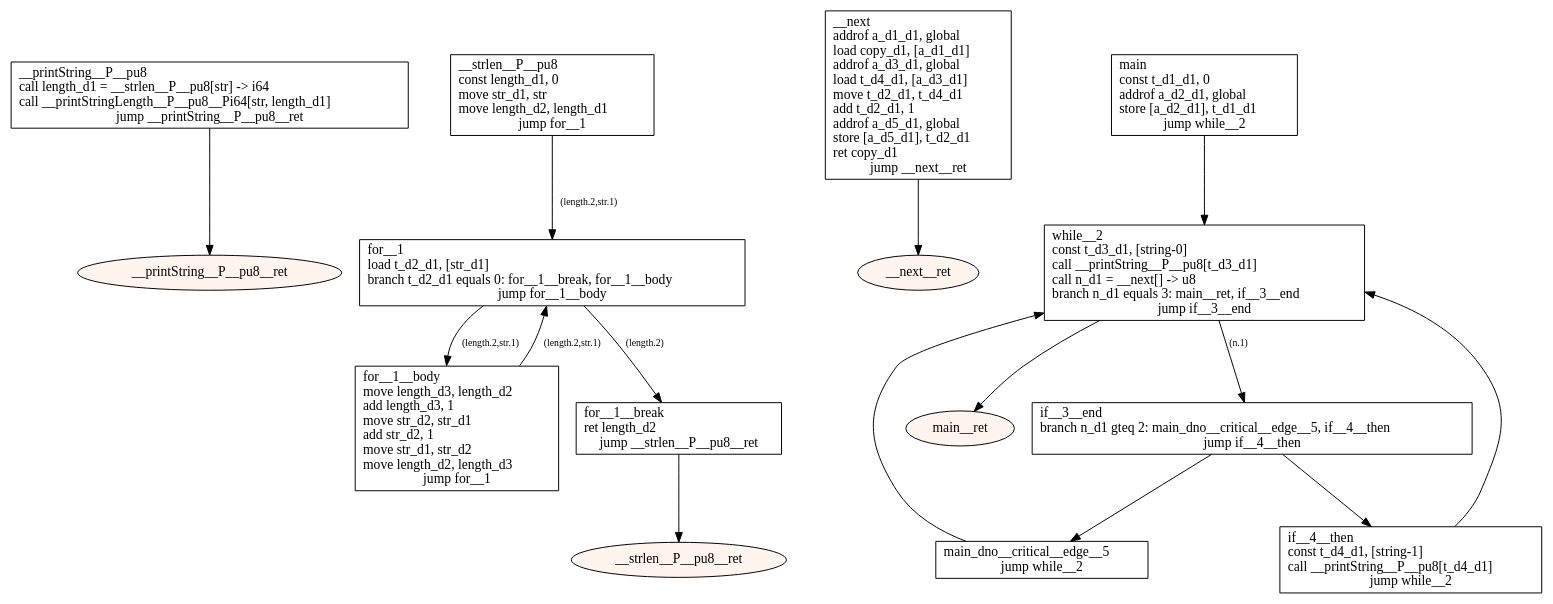
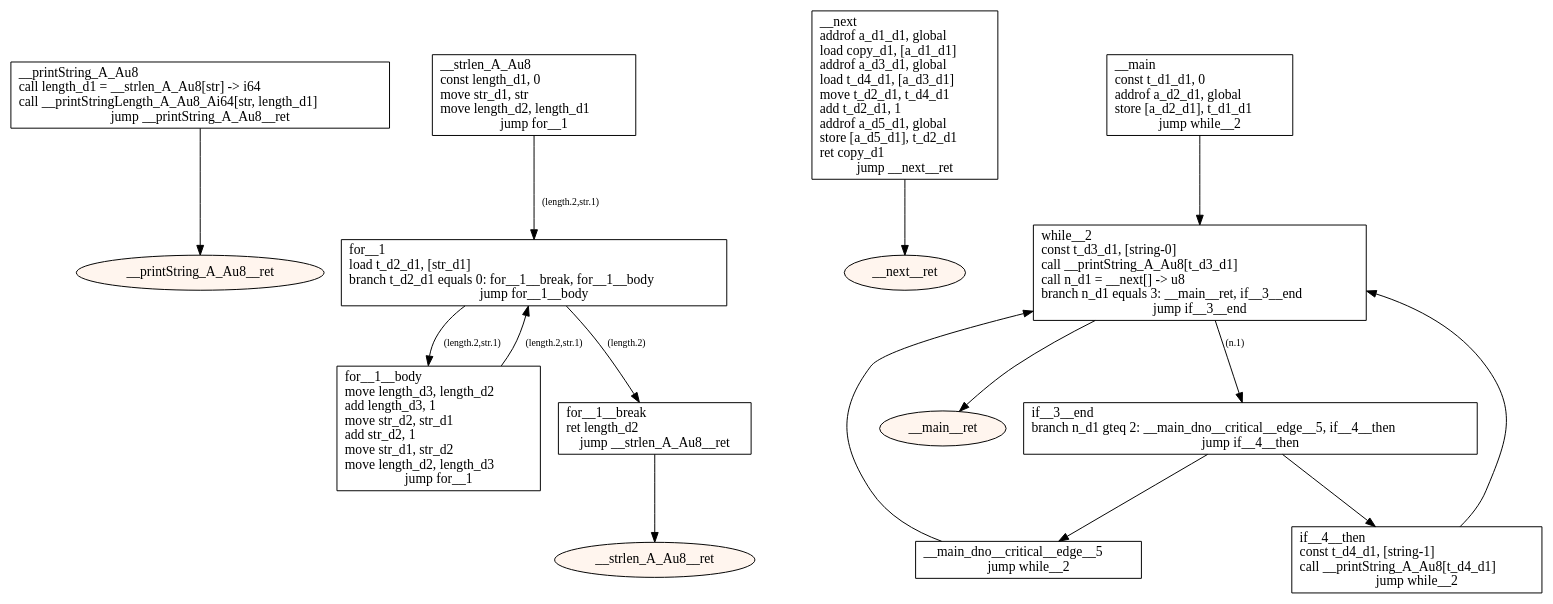
Before and after one commit to tmssngr/tinyC: the diagram in src/main/resources-test/compiler/windows/global vars2.dot, drawn with Graphviz. The commit also changed 19 other files, not shown here.

```diff
--- a/src/main/resources-test/compiler/windows/global vars2.dot
+++ b/src/main/resources-test/compiler/windows/global vars2.dot
@@ -1,40 +1,40 @@
 digraph program {
 	edge[fontsize="10pt"];
-	subgraph fn___printString__P__pu8 {
-		BasicBlock_0___printString__P__pu8 [label="__printString__P__pu8\lcall length_d1 = __strlen__P__pu8[str] -> i64\lcall __printStringLength__P__pu8__Pi64[str, length_d1]\ljump __printString__P__pu8__ret",shape=box];
-		BasicBlock_0___printString__P__pu8 -> BasicBlock_0___printString__P__pu8__ret;
-		BasicBlock_0___printString__P__pu8__ret [label="__printString__P__pu8__ret",shape=oval,style=filled,fillcolor="#fff5ee"];
+	subgraph fn___printString_A_Au8 {
+		BasicBlock_0___printString_A_Au8 [label="__printString_A_Au8\lcall length_d1 = __strlen_A_Au8[str] -> i64\lcall __printStringLength_A_Au8_Ai64[str, length_d1]\ljump __printString_A_Au8__ret",shape=box];
+		BasicBlock_0___printString_A_Au8 -> BasicBlock_0___printString_A_Au8__ret;
+		BasicBlock_0___printString_A_Au8__ret [label="__printString_A_Au8__ret",shape=oval,style=filled,fillcolor="#fff5ee"];
 	}
-	subgraph fn___strlen__P__pu8 {
-		BasicBlock_1___strlen__P__pu8 [label="__strlen__P__pu8\lconst length_d1, 0\lmove str_d1, str\lmove length_d2, length_d1\ljump for__1",shape=box];
-		BasicBlock_1___strlen__P__pu8 -> BasicBlock_1_for__1 [label="(length.2,str.1)"];
+	subgraph fn___strlen_A_Au8 {
+		BasicBlock_1___strlen_A_Au8 [label="__strlen_A_Au8\lconst length_d1, 0\lmove str_d1, str\lmove length_d2, length_d1\ljump for__1",shape=box];
+		BasicBlock_1___strlen_A_Au8 -> BasicBlock_1_for__1 [label="(length.2,str.1)"];
 		BasicBlock_1_for__1__body [label="for__1__body\lmove length_d3, length_d2\ladd length_d3, 1\lmove str_d2, str_d1\ladd str_d2, 1\lmove str_d1, str_d2\lmove length_d2, length_d3\ljump for__1",shape=box];
 		BasicBlock_1_for__1__body -> BasicBlock_1_for__1 [label="(length.2,str.1)"];
 		BasicBlock_1_for__1 [label="for__1\lload t_d2_d1, [str_d1]\lbranch t_d2_d1 equals 0: for__1__break, for__1__body\ljump for__1__body",shape=box];
 		BasicBlock_1_for__1 -> BasicBlock_1_for__1__break [label="(length.2)"];
 		BasicBlock_1_for__1 -> BasicBlock_1_for__1__body [label="(length.2,str.1)"];
-		BasicBlock_1_for__1__break [label="for__1__break\lret length_d2\ljump __strlen__P__pu8__ret",shape=box];
-		BasicBlock_1_for__1__break -> BasicBlock_1___strlen__P__pu8__ret;
-		BasicBlock_1___strlen__P__pu8__ret [label="__strlen__P__pu8__ret",shape=oval,style=filled,fillcolor="#fff5ee"];
+		BasicBlock_1_for__1__break [label="for__1__break\lret length_d2\ljump __strlen_A_Au8__ret",shape=box];
+		BasicBlock_1_for__1__break -> BasicBlock_1___strlen_A_Au8__ret;
+		BasicBlock_1___strlen_A_Au8__ret [label="__strlen_A_Au8__ret",shape=oval,style=filled,fillcolor="#fff5ee"];
 	}
 	subgraph fn___next {
 		BasicBlock_2___next [label="__next\laddrof a_d1_d1, global\lload copy_d1, [a_d1_d1]\laddrof a_d3_d1, global\lload t_d4_d1, [a_d3_d1]\lmove t_d2_d1, t_d4_d1\ladd t_d2_d1, 1\laddrof a_d5_d1, global\lstore [a_d5_d1], t_d2_d1\lret copy_d1\ljump __next__ret",shape=box];
 		BasicBlock_2___next -> BasicBlock_2___next__ret;
 		BasicBlock_2___next__ret [label="__next__ret",shape=oval,style=filled,fillcolor="#fff5ee"];
 	}
-	subgraph fn_main {
-		BasicBlock_3_main [label="main\lconst t_d1_d1, 0\laddrof a_d2_d1, global\lstore [a_d2_d1], t_d1_d1\ljump while__2",shape=box];
-		BasicBlock_3_main -> BasicBlock_3_while__2;
-		BasicBlock_3_if__3__end [label="if__3__end\lbranch n_d1 gteq 2: main_dno__critical__edge__5, if__4__then\ljump if__4__then",shape=box];
-		BasicBlock_3_if__3__end -> BasicBlock_3_main_dno__critical__edge__5;
+	subgraph fn___main {
+		BasicBlock_3___main [label="__main\lconst t_d1_d1, 0\laddrof a_d2_d1, global\lstore [a_d2_d1], t_d1_d1\ljump while__2",shape=box];
+		BasicBlock_3___main -> BasicBlock_3_while__2;
+		BasicBlock_3_if__3__end [label="if__3__end\lbranch n_d1 gteq 2: __main_dno__critical__edge__5, if__4__then\ljump if__4__then",shape=box];
+		BasicBlock_3_if__3__end -> BasicBlock_3___main_dno__critical__edge__5;
 		BasicBlock_3_if__3__end -> BasicBlock_3_if__4__then;
-		BasicBlock_3_main_dno__critical__edge__5 [label="main_dno__critical__edge__5\ljump while__2",shape=box];
-		BasicBlock_3_main_dno__critical__edge__5 -> BasicBlock_3_while__2;
-		BasicBlock_3_if__4__then [label="if__4__then\lconst t_d4_d1, [string-1]\lcall __printString__P__pu8[t_d4_d1]\ljump while__2",shape=box];
+		BasicBlock_3___main_dno__critical__edge__5 [label="__main_dno__critical__edge__5\ljump while__2",shape=box];
+		BasicBlock_3___main_dno__critical__edge__5 -> BasicBlock_3_while__2;
+		BasicBlock_3_if__4__then [label="if__4__then\lconst t_d4_d1, [string-1]\lcall __printString_A_Au8[t_d4_d1]\ljump while__2",shape=box];
 		BasicBlock_3_if__4__then -> BasicBlock_3_while__2;
-		BasicBlock_3_while__2 [label="while__2\lconst t_d3_d1, [string-0]\lcall __printString__P__pu8[t_d3_d1]\lcall n_d1 = __next[] -> u8\lbranch n_d1 equals 3: main__ret, if__3__end\ljump if__3__end",shape=box];
-		BasicBlock_3_while__2 -> BasicBlock_3_main__ret;
+		BasicBlock_3_while__2 [label="while__2\lconst t_d3_d1, [string-0]\lcall __printString_A_Au8[t_d3_d1]\lcall n_d1 = __next[] -> u8\lbranch n_d1 equals 3: __main__ret, if__3__end\ljump if__3__end",shape=box];
+		BasicBlock_3_while__2 -> BasicBlock_3___main__ret;
 		BasicBlock_3_while__2 -> BasicBlock_3_if__3__end [label="(n.1)"];
-		BasicBlock_3_main__ret [label="main__ret",shape=oval,style=filled,fillcolor="#fff5ee"];
+		BasicBlock_3___main__ret [label="__main__ret",shape=oval,style=filled,fillcolor="#fff5ee"];
 	}
 }
```
